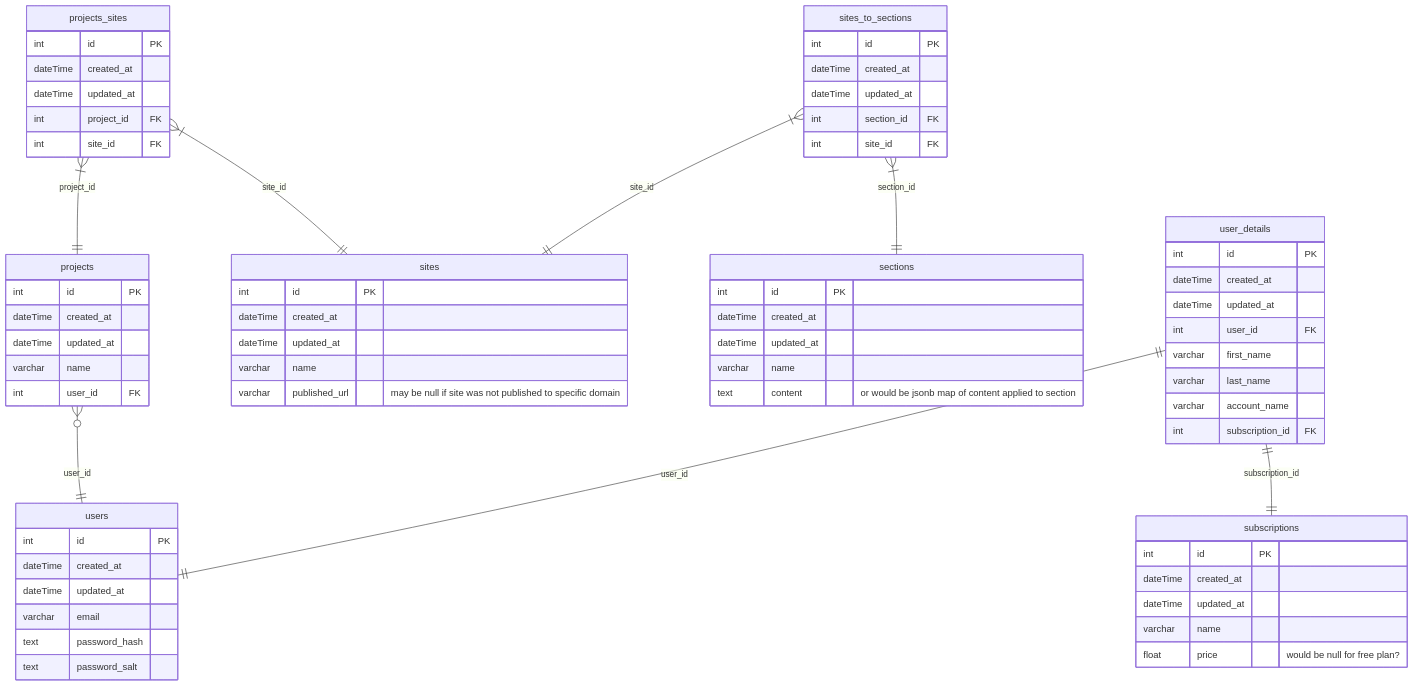
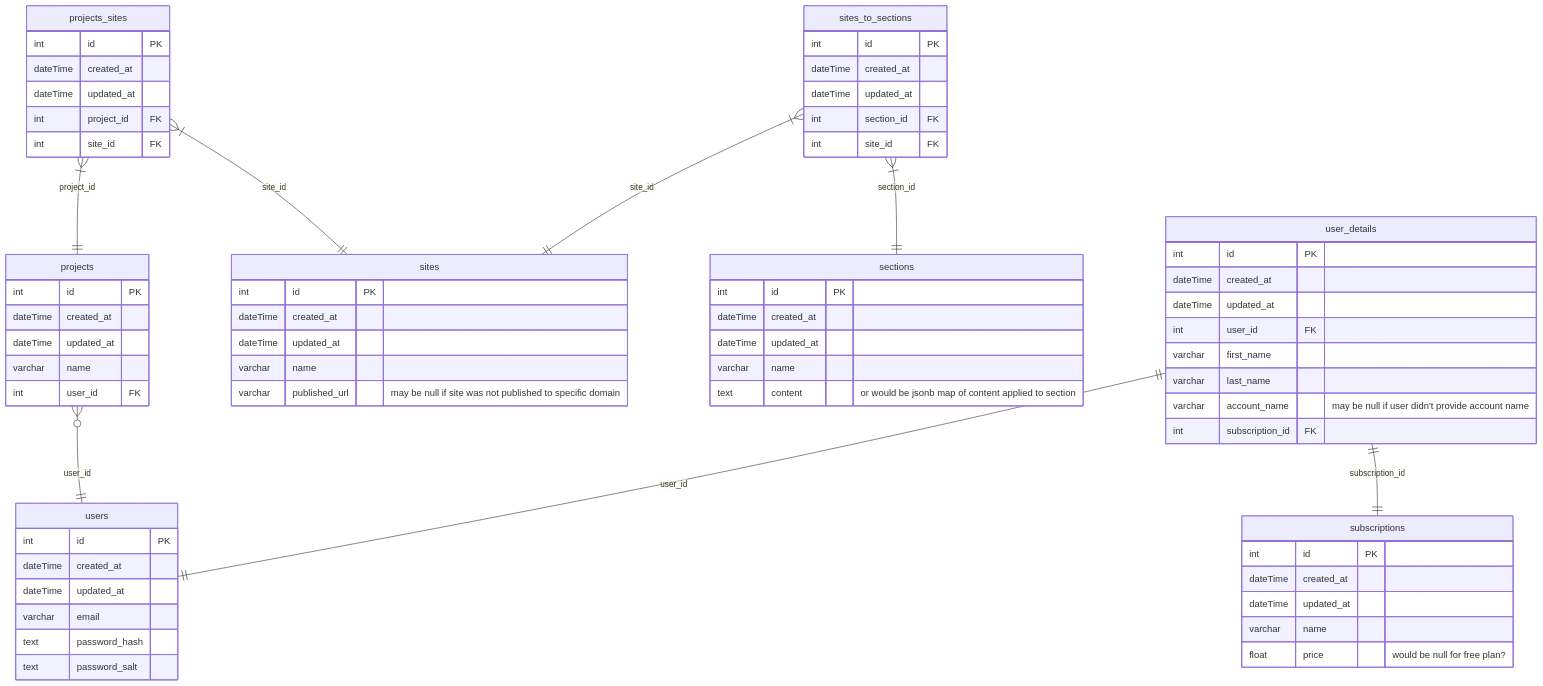
One commit to BinaryStudioAcademy/bsa-winter-2022-2023-simpleland changed the diagram in readme.md. Above: the diagram before and after it, drawn with Mermaid.

Commit message:
sl-49: * readme db schema

````diff
--- a/readme.md
+++ b/readme.md
@@ -43,80 +43,80 @@
 ```mermaid
 erDiagram
 
   users {
     int id PK
     dateTime created_at
     dateTime updated_at
     varchar email
     text password_hash
     text password_salt
   }
 
   %% mb user_details should content subscription_end_time col?
   user_details ||--|| users : user_id
   user_details ||--|| subscriptions : subscription_id
   user_details {
     int id PK
     dateTime created_at
     dateTime updated_at
     int user_id FK
     varchar first_name
     varchar last_name
-    varchar account_name
+    varchar account_name "may be null if user didn't provide account name"
     int subscription_id FK
   }
 
   sites {
     int id PK
     dateTime created_at
     dateTime updated_at
     varchar name
     varchar published_url "may be null if site was not published to specific domain"
   }
 
   sections {
     int id PK
     dateTime created_at
     dateTime updated_at
     varchar name
     text content "or would be jsonb map of content applied to section"
   }
 
   sites_to_sections }|--|| sections : section_id
   sites_to_sections }|--|| sites : site_id
   sites_to_sections {
     int id PK
     dateTime created_at
     dateTime updated_at
     int section_id FK
     int site_id FK
   }
 
   projects }o--|| users : user_id
   projects {
     int id PK
     dateTime created_at
     dateTime updated_at
     varchar name
     int user_id FK
   }
 
   projects_sites }|--|| projects : project_id
   projects_sites }|--|| sites : site_id
   projects_sites {
     int id PK
     dateTime created_at
     dateTime updated_at
     int project_id FK
     int site_id FK
   }
 
   subscriptions {
     int id PK
     dateTime created_at
     dateTime updated_at
     varchar name
     float price "would be null for free plan?"
   }
 
 ```
````
